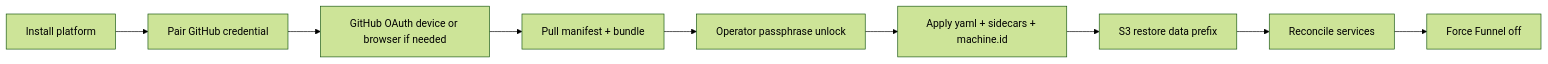
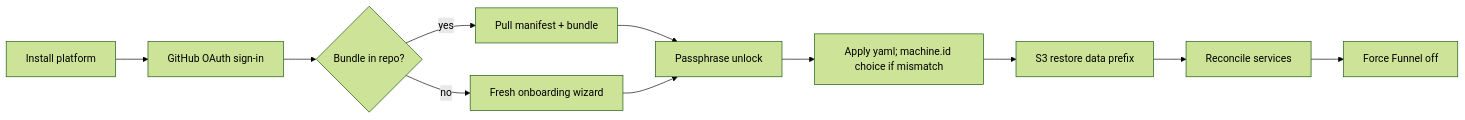
One commit to hsoni92/obelisk changed the second of 2 diagrams in docs/designs/github_encrypted_blueprint.md. Above: the diagram before and after it, drawn with Mermaid (forest theme). The commit also changed other lines of this file and 76 other files, not shown here.

````diff
--- a/docs/designs/github_encrypted_blueprint.md
+++ b/docs/designs/github_encrypted_blueprint.md
@@ -136,11 +195,13 @@
 ```mermaid
 flowchart LR
-  A[Install platform] --> B[Pair GitHub credential]
-  B --> B2[GitHub OAuth device or browser if needed]
-  B2 --> C[Pull manifest + bundle]
-  C --> D[Operator passphrase unlock]
-  D --> E[Apply yaml + sidecars + machine.id]
-  E --> F[S3 restore data prefix]
-  F --> G[Reconcile services]
-  G --> H[Force Funnel off]
+  A[Install platform] --> B[GitHub OAuth sign-in]
+  B --> C{Bundle in repo?}
+  C -->|yes| D[Pull manifest + bundle]
+  C -->|no| D2[Fresh onboarding wizard]
+  D --> E[Passphrase unlock]
+  D2 --> E
+  E --> F[Apply yaml; machine.id choice if mismatch]
+  F --> G[S3 restore data prefix]
+  G --> H[Reconcile services]
+  H --> I[Force Funnel off]
 ```
````
